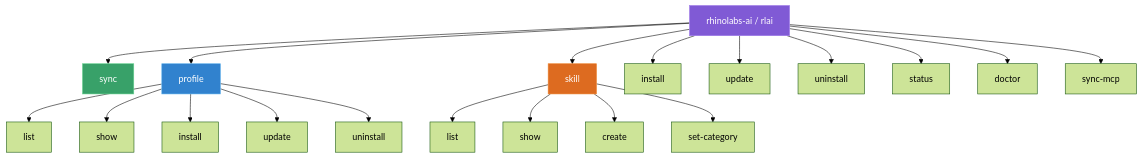
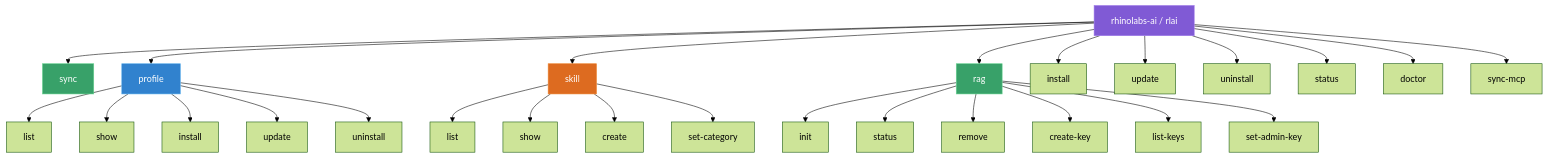
The second of 12 diagrams in cli/README.md (javiermontescarrera/rhinolabs-ai), drawn with Mermaid (forest theme) before and after one commit. The commit also changed other lines of this file and 15 other files, not shown here.

````diff
--- a/cli/README.md
+++ b/cli/README.md
@@ -57,30 +57,39 @@
 ```mermaid
 graph TB
     CLI[rhinolabs-ai / rlai]
 
     CLI --> SYNC[sync]
     CLI --> PROFILE[profile]
     CLI --> SKILL[skill]
+    CLI --> RAG[rag]
     CLI --> INSTALL[install]
     CLI --> UPDATE[update]
     CLI --> UNINSTALL[uninstall]
     CLI --> STATUS[status]
     CLI --> DOCTOR[doctor]
     CLI --> SYNCMCP[sync-mcp]
 
     PROFILE --> P_LIST[list]
     PROFILE --> P_SHOW[show]
     PROFILE --> P_INST[install]
     PROFILE --> P_UPD[update]
     PROFILE --> P_UNINST[uninstall]
 
     SKILL --> S_LIST[list]
     SKILL --> S_SHOW[show]
     SKILL --> S_CREATE[create]
     SKILL --> S_SETCAT[set-category]
 
+    RAG --> R_INIT[init]
+    RAG --> R_STATUS[status]
+    RAG --> R_REMOVE[remove]
+    RAG --> R_CREATE_KEY[create-key]
+    RAG --> R_LIST_KEYS[list-keys]
+    RAG --> R_SET_ADMIN[set-admin-key]
+
     style CLI fill:#805ad5,stroke:#9f7aea,color:#fff
     style SYNC fill:#38a169,stroke:#68d391,color:#fff
     style PROFILE fill:#3182ce,stroke:#63b3ed,color:#fff
     style SKILL fill:#dd6b20,stroke:#ed8936,color:#fff
+    style RAG fill:#38a169,stroke:#68d391,color:#fff
 ```
````
